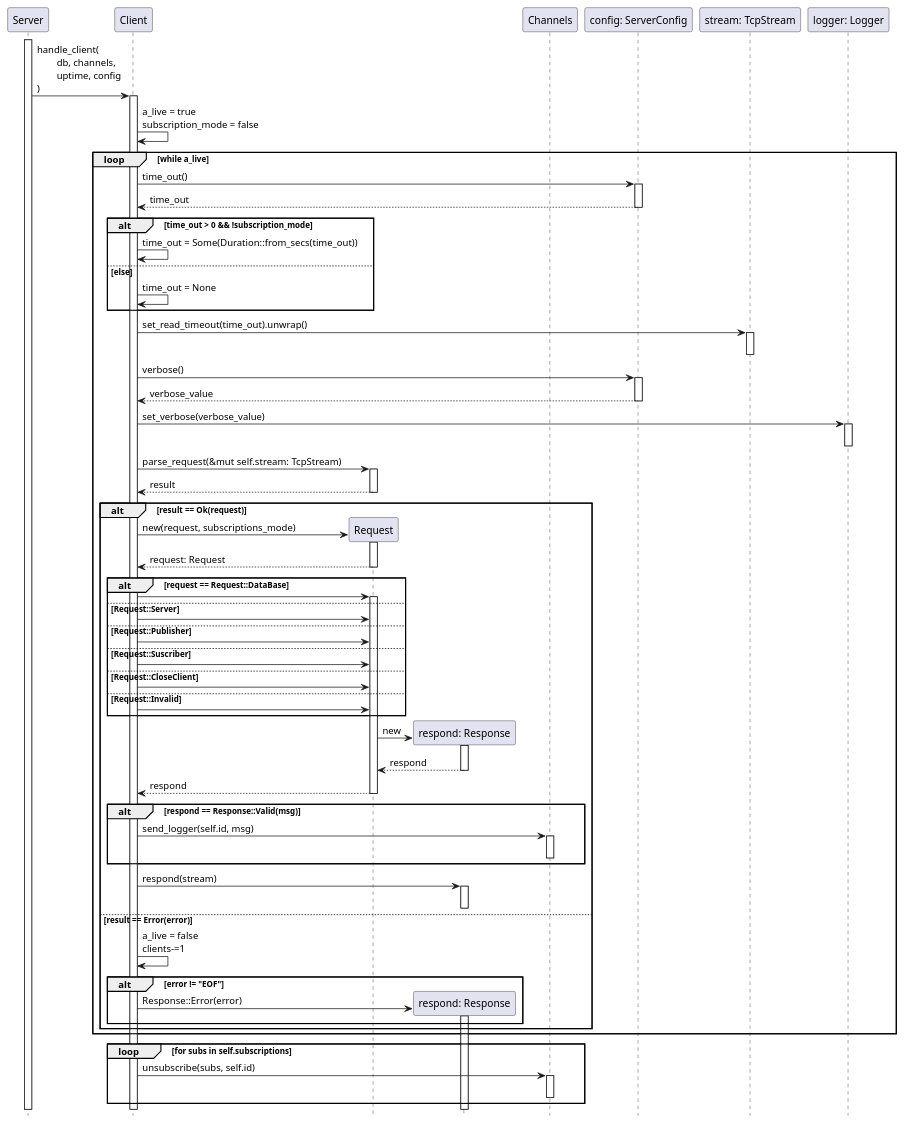
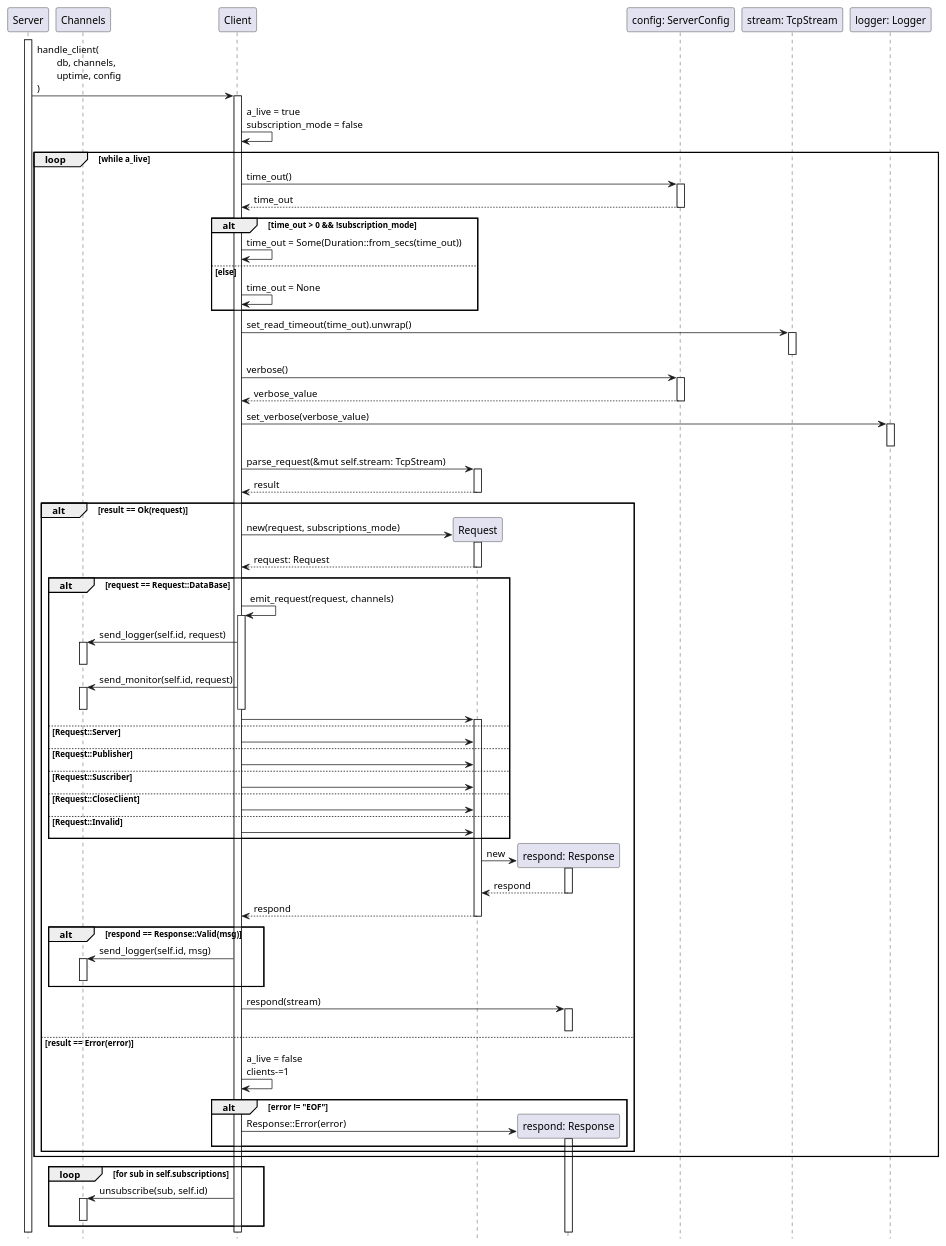
The diagram in src/Diagramas/handle_client.puml (taller-1-fiuba-rust/21C1-OxidadosFC), drawn with PlantUML before and after one commit.

Commit message:
handle_client corrected

```diff
--- a/src/Diagramas/handle_client.puml
+++ b/src/Diagramas/handle_client.puml
@@ -1,82 +1,88 @@
 @startuml handle_client
 hide footbox
 activate Server
 
 participant Server order 0
 participant Client order 10
 participant Request order 20
 
 Server -> Client++: handle_client(\n\tdb, channels,\n\tuptime, config\n)
 Client -> Client: a_live = true\nsubscription_mode = false
 loop while a_live
     participant Config as "config: ServerConfig" order 30
     Client -> Config ++: time_out()
     return time_out
 
     alt time_out > 0 && !subscription_mode
         Client -> Client: time_out = Some(Duration::from_secs(time_out))
     else else
         Client -> Client: time_out = None
     end
 
     participant Stream as "stream: TcpStream" order 40
     Client -> Stream++: set_read_timeout(time_out).unwrap()
     deactivate Stream
 
     Client -> Config++: verbose()
     return verbose_value
 
     participant Logger as "logger: Logger" order 50
     Client -> Logger++: set_verbose(verbose_value)
     deactivate Logger
 
     Client -> Request++: parse_request(&mut self.stream: TcpStream)
     return result
 
     alt result == Ok(request) 
         create Request
         Client -> Request++: new(request, subscriptions_mode)
         return request: Request
         alt request == Request::DataBase
+            Client -> Client++: emit_request(request, channels)
+            Client -> Channels++: send_logger(self.id, request)
+            deactivate Channels
+            Client -> Channels++: send_monitor(self.id, request)
+            deactivate Channels
+            deactivate Client
             Client -> Request++:
         else Request::Server
             Client -> Request:
         else Request::Publisher
             Client -> Request:
         else Request::Suscriber
             Client -> Request:
         else Request::CloseClient
             Client -> Request:
         else Request::Invalid
             Client -> Request:
         end
 
         participant Respond as "respond: Response" order 24
         create Respond
         Request -> Respond++: new
         return respond
         return respond
 
         alt respond == Response::Valid(msg)
             participant Channels order 25
             Client -> Channels++: send_logger(self.id, msg)
             deactivate Channels
         end
 
         Client -> Respond ++: respond(stream)
         deactivate
     else result == Error(error)
         Client -> Client: a_live = false\nclients-=1
         alt error != "EOF"
             create Respond
             Client -> Respond++: Response::Error(error)
             deactivate Respond
         end
     end
 end
 
-loop for subs in self.subscriptions
-    Client -> Channels++: unsubscribe(subs, self.id)
+loop for sub in self.subscriptions
+    Client -> Channels++: unsubscribe(sub, self.id)
     deactivate Channels
 end
 @enduml
```
